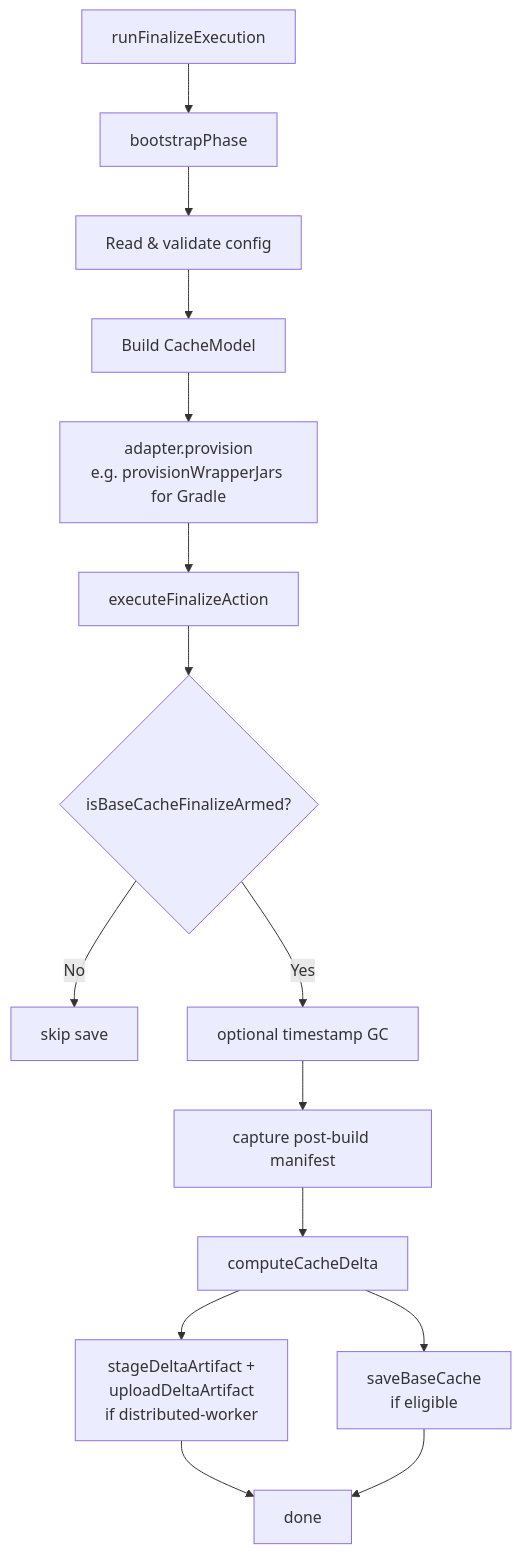
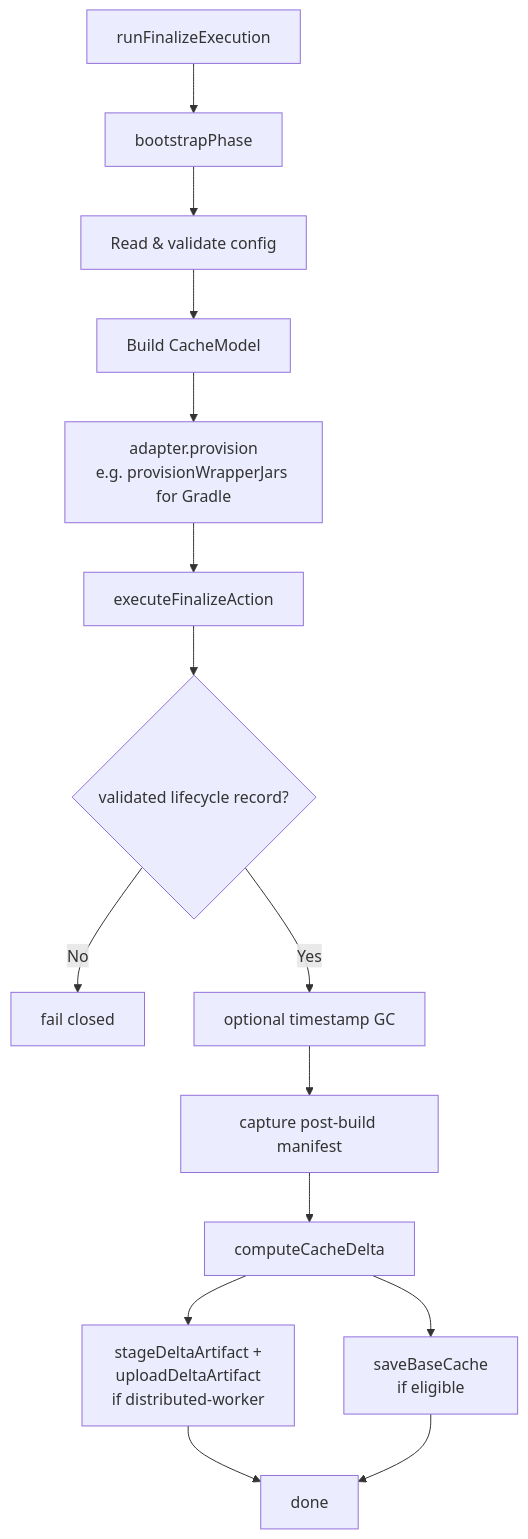
Before and after one commit to buildish-tooling/buildish-mammoth-cache: the second of 2 diagrams in docs/architecture/bootstrap.md, drawn with Mermaid. The commit also changed other lines of this file and 24 other files, not shown here.

Commit message:
Implement generation-aware cache lifecycle

````diff
--- a/docs/architecture/bootstrap.md
+++ b/docs/architecture/bootstrap.md
@@ -80,17 +80,17 @@
 ```mermaid
 flowchart TD
     A[runFinalizeExecution] --> B[bootstrapPhase]
     B --> C[Read & validate config]
     C --> D[Build CacheModel]
     D --> E[adapter.provision\ne.g. provisionWrapperJars for Gradle]
     E --> F[executeFinalizeAction]
-    F --> G{isBaseCacheFinalizeArmed?}
-    G -- No --> Z1[skip save]
+    F --> G{validated lifecycle record?}
+    G -- No --> Z1[fail closed]
     G -- Yes --> H[optional timestamp GC]
     H --> I[capture post-build manifest]
     I --> J[computeCacheDelta]
     J --> K[stageDeltaArtifact +\nuploadDeltaArtifact\nif distributed-worker]
     J --> L[saveBaseCache\nif eligible]
     K --> Z2[done]
     L --> Z2
 ```
````
